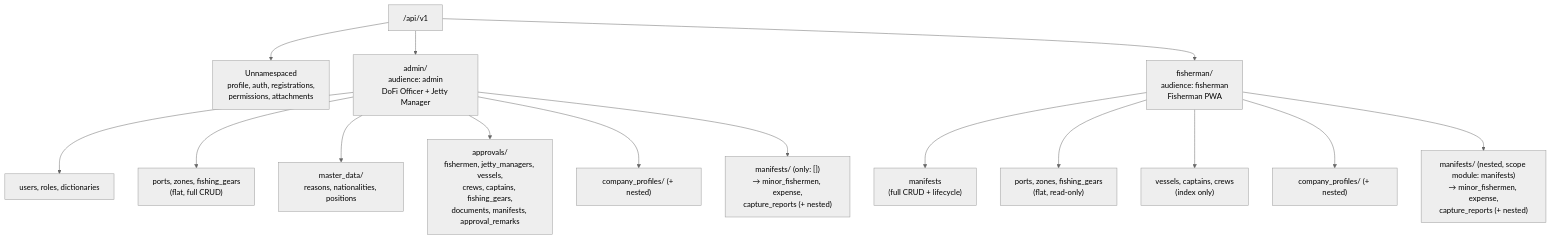
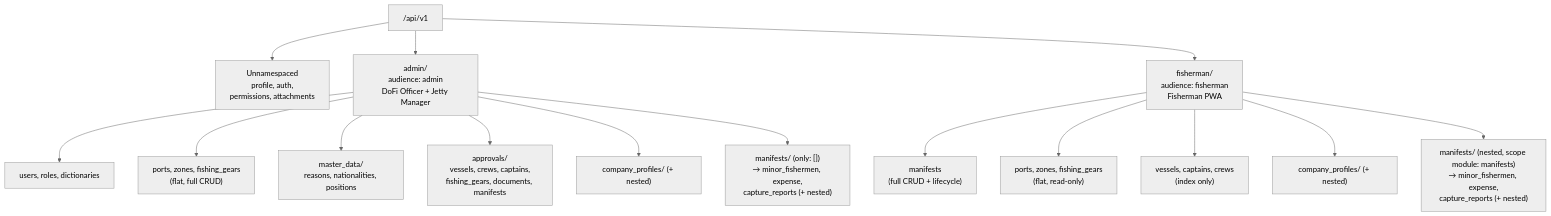
One commit to arya020595/st_dofi_backend changed the diagram in docs/api/endpoint-structure.md. Above: the diagram before and after it, drawn with Mermaid (neutral theme). The commit also changed other lines of this file and 77 other files, not shown here.

````diff
--- a/docs/api/endpoint-structure.md
+++ b/docs/api/endpoint-structure.md
@@ -18,20 +18,20 @@
 ```mermaid
 graph TB
     ROOT["/api/v1"]
-    ROOT --> FLAT["Unnamespaced<br/>profile, auth, registrations,<br/>permissions, attachments"]
+    ROOT --> FLAT["Unnamespaced<br/>profile, auth,<br/>permissions, attachments"]
     ROOT --> ADMIN["admin/<br/>audience: admin<br/>DoFi Officer + Jetty Manager"]
     ROOT --> FISH["fisherman/<br/>audience: fisherman<br/>Fisherman PWA"]
 
     ADMIN --> A1["users, roles, dictionaries"]
     ADMIN --> A2["ports, zones, fishing_gears<br/>(flat, full CRUD)"]
     ADMIN --> A3["master_data/<br/>reasons, nationalities, positions"]
-    ADMIN --> A4["approvals/<br/>fishermen, jetty_managers, vessels,<br/>crews, captains, fishing_gears,<br/>documents, manifests, approval_remarks"]
+    ADMIN --> A4["approvals/<br/>vessels, crews, captains,<br/>fishing_gears, documents, manifests"]
     ADMIN --> A5["company_profiles/ (+ nested)"]
     ADMIN --> A6["manifests/ (only: [])<br/>→ minor_fishermen, expense,<br/>capture_reports (+ nested)"]
 
     FISH --> F1["manifests<br/>(full CRUD + lifecycle)"]
     FISH --> F2["ports, zones, fishing_gears<br/>(flat, read-only)"]
     FISH --> F3["vessels, captains, crews<br/>(index only)"]
     FISH --> F4["company_profiles/ (+ nested)"]
     FISH --> F5["manifests/ (nested, scope module: manifests)<br/>→ minor_fishermen, expense,<br/>capture_reports (+ nested)"]
 ```
````
